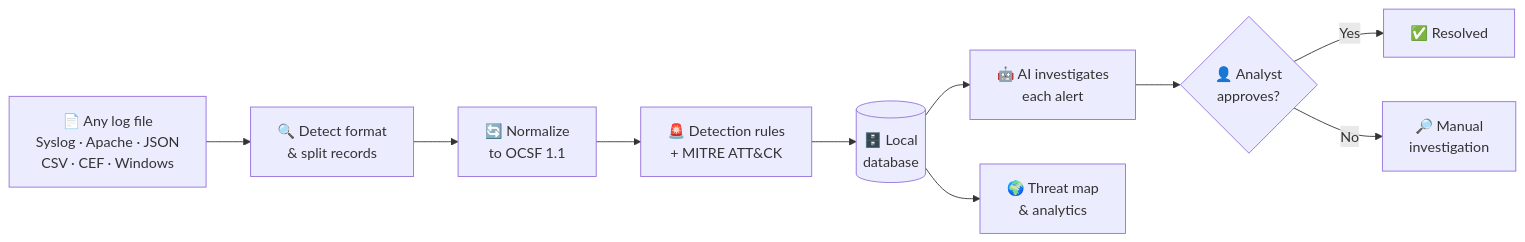
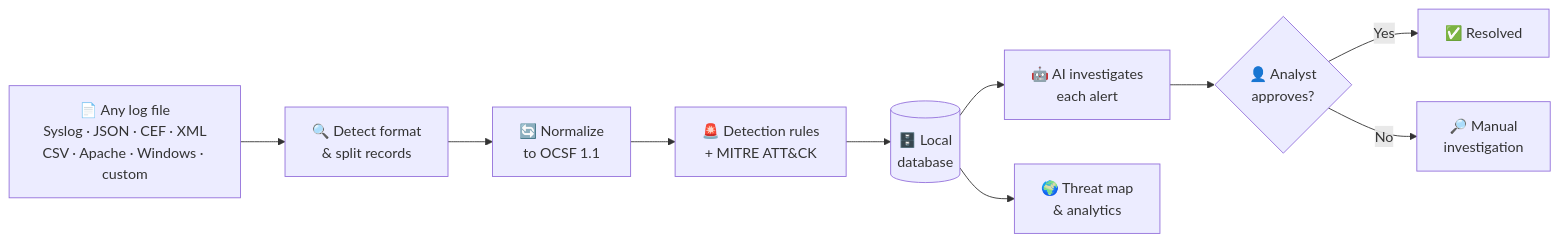
The first of 2 diagrams in README.md (Sahil-242-ops/Logvault), drawn with Mermaid before and after one commit. The commit also changed other lines of this file and 36 other files, not shown here.

````diff
--- a/README.md
+++ b/README.md
@@ -152,12 +152,12 @@
 ```mermaid
 flowchart LR
-    A["📄 Any log file<br/>Syslog · Apache · JSON<br/>CSV · CEF · Windows"] --> B["🔍 Detect format<br/>& split records"]
+    A["📄 Any log file<br/>Syslog · JSON · CEF · XML<br/>CSV · Apache · Windows · custom"] --> B["🔍 Detect format<br/>& split records"]
     B --> C["🔄 Normalize<br/>to OCSF 1.1"]
     C --> D["🚨 Detection rules<br/>+ MITRE ATT&CK"]
     D --> E[("🗄️ Local<br/>database")]
     E --> F["🤖 AI investigates<br/>each alert"]
     F --> G{"👤 Analyst<br/>approves?"}
     G -- Yes --> H["✅ Resolved"]
     G -- No --> I["🔎 Manual<br/>investigation"]
     E --> J["🌍 Threat map<br/>& analytics"]
 ```
````
